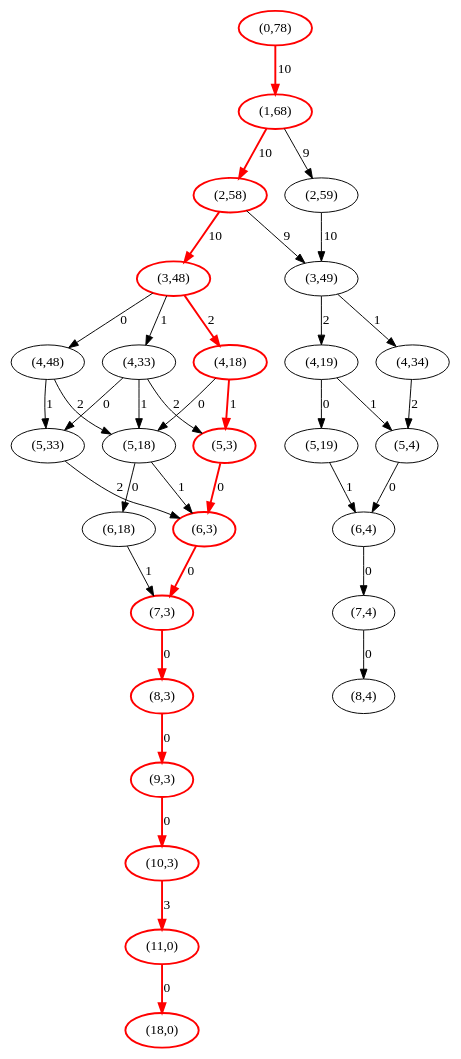
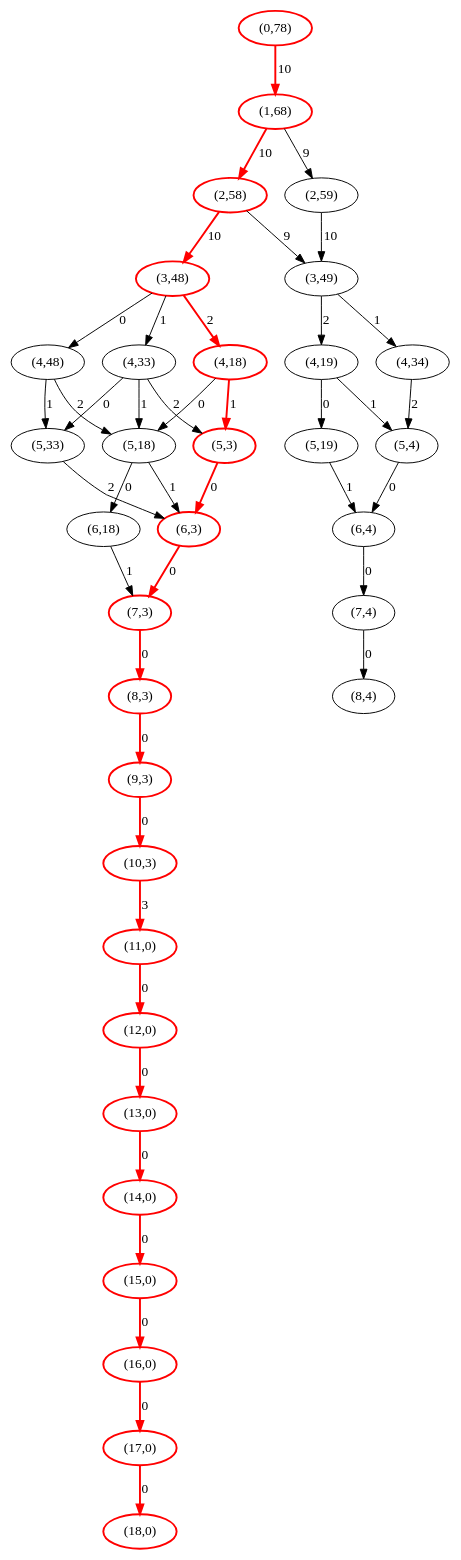
Before and after one commit to migueltoro/ada_v2_18: the diagram in java/EjemplosAlgoritmos/ficheros/MochilaPDRGraph.gv, drawn with Graphviz. The commit also changed 321 other files, not shown here.

```diff
--- a/java/EjemplosAlgoritmos/ficheros/MochilaPDRGraph.gv
+++ b/java/EjemplosAlgoritmos/ficheros/MochilaPDRGraph.gv
@@ -1,65 +1,77 @@
 strict digraph G {
-  1 [ color="red" style="bold" label="(0,78)" ];
-  2 [ color="red" style="bold" label="(1,68)" ];
-  3 [ color="red" style="bold" label="(2,58)" ];
-  4 [ color="red" style="bold" label="(3,48)" ];
-  5 [ color="red" style="bold" label="(4,18)" ];
-  6 [ color="red" style="bold" label="(5,3)" ];
-  7 [ color="red" style="bold" label="(6,3)" ];
-  8 [ color="red" style="bold" label="(7,3)" ];
-  9 [ color="red" style="bold" label="(8,3)" ];
+  1 [ color="red" style="bold" label="(17,0)" ];
+  2 [ color="red" style="bold" label="(18,0)" ];
+  3 [ color="red" style="bold" label="(16,0)" ];
+  4 [ color="red" style="bold" label="(15,0)" ];
+  5 [ color="red" style="bold" label="(14,0)" ];
+  6 [ color="red" style="bold" label="(13,0)" ];
+  7 [ color="red" style="bold" label="(12,0)" ];
+  8 [ color="red" style="bold" label="(11,0)" ];
+  9 [ color="red" style="bold" label="(10,3)" ];
   10 [ color="red" style="bold" label="(9,3)" ];
-  11 [ color="red" style="bold" label="(10,3)" ];
-  12 [ color="red" style="bold" label="(11,0)" ];
-  13 [ color="red" style="bold" label="(18,0)" ];
-  14 [ label="(5,18)" ];
-  15 [ label="(6,18)" ];
-  16 [ label="(4,33)" ];
-  17 [ label="(5,33)" ];
-  18 [ label="(4,48)" ];
-  19 [ label="(3,49)" ];
-  20 [ label="(4,19)" ];
-  21 [ label="(5,4)" ];
-  22 [ label="(6,4)" ];
-  23 [ label="(7,4)" ];
-  24 [ label="(8,4)" ];
-  25 [ label="(5,19)" ];
-  26 [ label="(4,34)" ];
-  27 [ label="(2,59)" ];
-  12 -> 13 [ color="red" style="bold" label="0" ];
-  11 -> 12 [ color="red" style="bold" label="3" ];
-  10 -> 11 [ color="red" style="bold" label="0" ];
-  9 -> 10 [ color="red" style="bold" label="0" ];
-  8 -> 9 [ color="red" style="bold" label="0" ];
-  7 -> 8 [ color="red" style="bold" label="0" ];
-  6 -> 7 [ color="red" style="bold" label="0" ];
-  5 -> 6 [ color="red" style="bold" label="1" ];
-  14 -> 7 [ label="1" ];
-  15 -> 8 [ label="1" ];
-  14 -> 15 [ label="0" ];
-  5 -> 14 [ label="0" ];
-  4 -> 5 [ color="red" style="bold" label="2" ];
-  16 -> 6 [ label="2" ];
-  16 -> 14 [ label="1" ];
-  17 -> 7 [ label="2" ];
-  16 -> 17 [ label="0" ];
-  4 -> 16 [ label="1" ];
-  18 -> 14 [ label="2" ];
-  18 -> 17 [ label="1" ];
-  4 -> 18 [ label="0" ];
-  3 -> 4 [ color="red" style="bold" label="10" ];
-  23 -> 24 [ label="0" ];
-  22 -> 23 [ label="0" ];
-  21 -> 22 [ label="0" ];
-  20 -> 21 [ label="1" ];
-  25 -> 22 [ label="1" ];
-  20 -> 25 [ label="0" ];
-  19 -> 20 [ label="2" ];
-  26 -> 21 [ label="2" ];
-  19 -> 26 [ label="1" ];
-  3 -> 19 [ label="9" ];
-  2 -> 3 [ color="red" style="bold" label="10" ];
-  27 -> 19 [ label="10" ];
-  2 -> 27 [ label="9" ];
-  1 -> 2 [ color="red" style="bold" label="10" ];
+  11 [ color="red" style="bold" label="(8,3)" ];
+  12 [ color="red" style="bold" label="(7,3)" ];
+  13 [ color="red" style="bold" label="(6,3)" ];
+  14 [ color="red" style="bold" label="(5,3)" ];
+  15 [ color="red" style="bold" label="(4,18)" ];
+  16 [ style="solid" label="(5,18)" ];
+  17 [ style="solid" label="(6,18)" ];
+  18 [ color="red" style="bold" label="(3,48)" ];
+  19 [ style="solid" label="(4,33)" ];
+  20 [ style="solid" label="(5,33)" ];
+  21 [ style="solid" label="(4,48)" ];
+  22 [ color="red" style="bold" label="(2,58)" ];
+  23 [ style="solid" label="(7,4)" ];
+  24 [ style="solid" label="(8,4)" ];
+  25 [ style="solid" label="(6,4)" ];
+  26 [ style="solid" label="(5,4)" ];
+  27 [ style="solid" label="(4,19)" ];
+  28 [ style="solid" label="(5,19)" ];
+  29 [ style="solid" label="(3,49)" ];
+  30 [ style="solid" label="(4,34)" ];
+  31 [ color="red" style="bold" label="(1,68)" ];
+  32 [ style="solid" label="(2,59)" ];
+  33 [ color="red" style="bold" label="(0,78)" ];
+  1 -> 2 [ color="red" style="bold" label="0" ];
+  3 -> 1 [ color="red" style="bold" label="0" ];
+  4 -> 3 [ color="red" style="bold" label="0" ];
+  5 -> 4 [ color="red" style="bold" label="0" ];
+  6 -> 5 [ color="red" style="bold" label="0" ];
+  7 -> 6 [ color="red" style="bold" label="0" ];
+  8 -> 7 [ color="red" style="bold" label="0" ];
+  9 -> 8 [ color="red" style="bold" label="3" ];
+  10 -> 9 [ color="red" style="bold" label="0" ];
+  11 -> 10 [ color="red" style="bold" label="0" ];
+  12 -> 11 [ color="red" style="bold" label="0" ];
+  13 -> 12 [ color="red" style="bold" label="0" ];
+  14 -> 13 [ color="red" style="bold" label="0" ];
+  15 -> 14 [ color="red" style="bold" label="1" ];
+  16 -> 13 [ style="solid" label="1" ];
+  17 -> 12 [ style="solid" label="1" ];
+  16 -> 17 [ style="solid" label="0" ];
+  15 -> 16 [ style="solid" label="0" ];
+  18 -> 15 [ color="red" style="bold" label="2" ];
+  19 -> 14 [ style="solid" label="2" ];
+  19 -> 16 [ style="solid" label="1" ];
+  20 -> 13 [ style="solid" label="2" ];
+  19 -> 20 [ style="solid" label="0" ];
+  18 -> 19 [ style="solid" label="1" ];
+  21 -> 16 [ style="solid" label="2" ];
+  21 -> 20 [ style="solid" label="1" ];
+  18 -> 21 [ style="solid" label="0" ];
+  22 -> 18 [ color="red" style="bold" label="10" ];
+  23 -> 24 [ style="solid" label="0" ];
+  25 -> 23 [ style="solid" label="0" ];
+  26 -> 25 [ style="solid" label="0" ];
+  27 -> 26 [ style="solid" label="1" ];
+  28 -> 25 [ style="solid" label="1" ];
+  27 -> 28 [ style="solid" label="0" ];
+  29 -> 27 [ style="solid" label="2" ];
+  30 -> 26 [ style="solid" label="2" ];
+  29 -> 30 [ style="solid" label="1" ];
+  22 -> 29 [ style="solid" label="9" ];
+  31 -> 22 [ color="red" style="bold" label="10" ];
+  32 -> 29 [ style="solid" label="10" ];
+  31 -> 32 [ style="solid" label="9" ];
+  33 -> 31 [ color="red" style="bold" label="10" ];
 }
```
